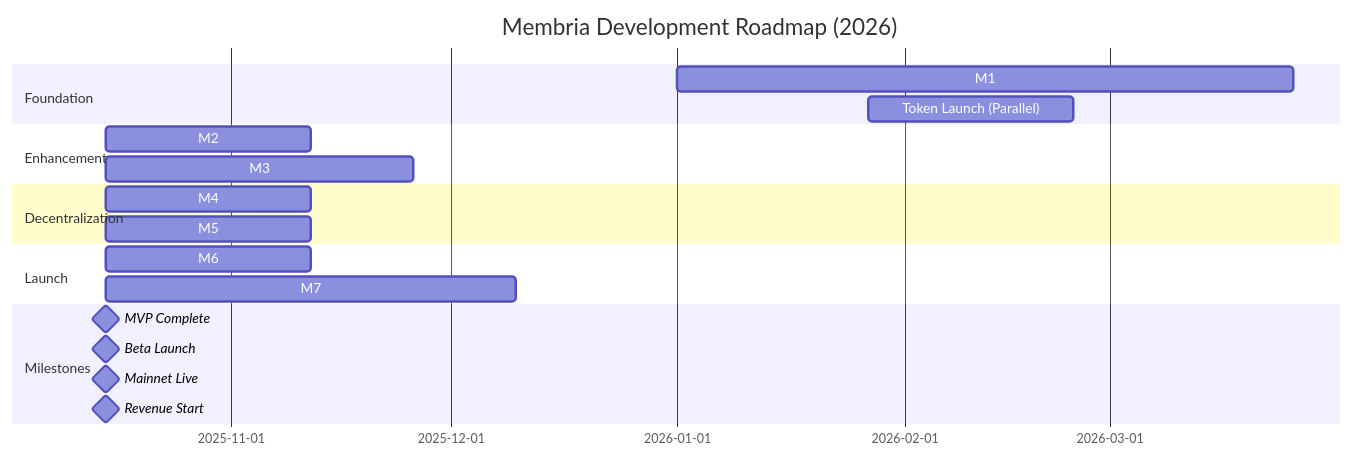
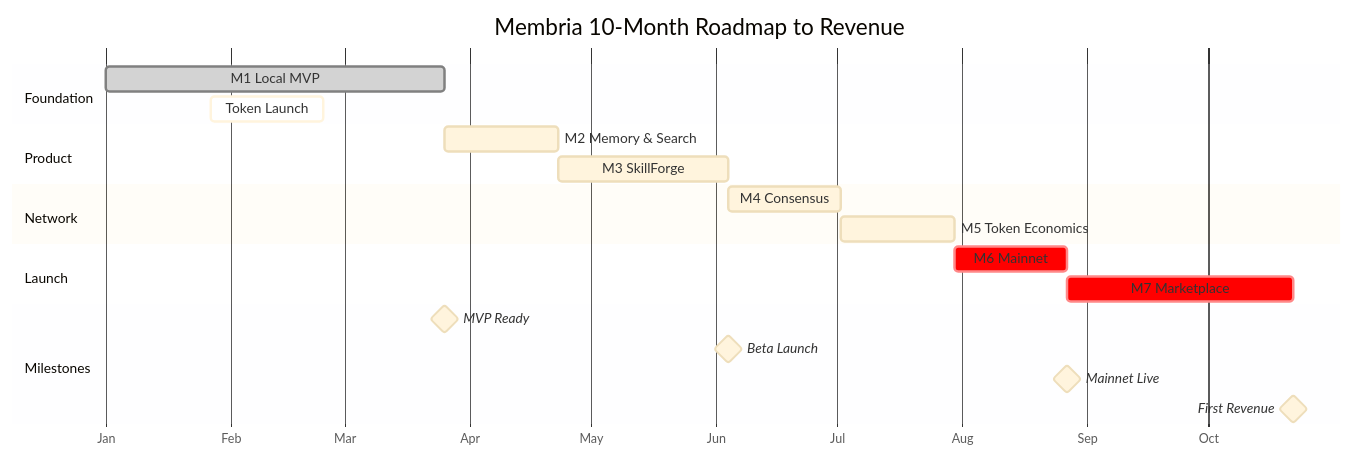
One commit to actiquest-dev/actiquest.github.io changed the second of 7 diagrams in roadmap/roadmap.md. Above: the diagram before and after it, drawn with Mermaid. The commit also changed other lines of this file, not shown here.

````diff
--- a/roadmap/roadmap.md
+++ b/roadmap/roadmap.md
@@ -45,26 +62,29 @@
 ```mermaid
+%%{init: {'theme':'base'}}%%
 gantt
-    title Membria Development Roadmap (2026)
+    title Membria 10-Month Roadmap to Revenue
     dateFormat YYYY-MM-DD
+    axisFormat %b
+    
     section Foundation
-    M1: Local MVP                :m1, 2026-01-01, 12w
-    Token Launch (Parallel)      :token, 2026-01-27, 4w
+    M1 Local MVP           :done, m1, 2026-01-01, 12w
+    Token Launch           :active, token, 2026-01-27, 4w
     
-    section Enhancement
-    M2: Memory & Search          :m2, after m1, 4w
-    M3: SkillForge & Agents      :m3, after m2, 6w
+    section Product
+    M2 Memory & Search     :m2, 2026-03-26, 4w
+    M3 SkillForge          :m3, 2026-04-23, 6w
     
-    section Decentralization
-    M4: Consensus Testnet        :m4, after m3, 4w
-    M5: Token Economics          :m5, after m4, 4w
+    section Network
+    M4 Consensus           :m4, 2026-06-04, 4w
+    M5 Token Economics     :m5, 2026-07-02, 4w
     
     section Launch
-    M6: Mainnet Launch           :m6, after m5, 4w
-    M7: Marketplace Launch       :m7, after m6, 8w
+    M6 Mainnet             :crit, m6, 2026-07-30, 4w
+    M7 Marketplace         :crit, m7, 2026-08-27, 8w
     
     section Milestones
-    MVP Complete                 :milestone, after m1, 0d
-    Beta Launch                  :milestone, after m3, 0d
-    Mainnet Live                 :milestone, after m6, 0d
-    Revenue Start                :milestone, after m7, 0d
+    MVP Ready              :milestone, 2026-03-26, 0d
+    Beta Launch            :milestone, 2026-06-04, 0d
+    Mainnet Live           :milestone, 2026-08-27, 0d
+    First Revenue          :milestone, 2026-10-22, 0d
 ```
````
